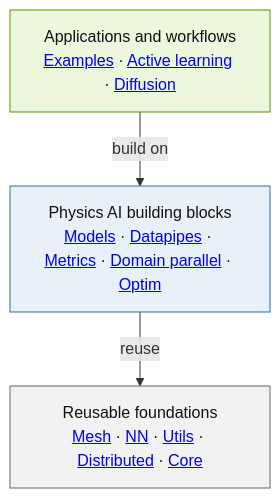
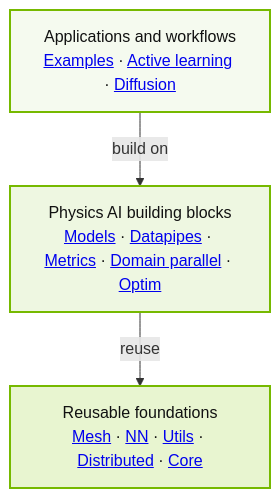
Before and after one commit to NVIDIA/physicsnemo: the diagram in README.md, drawn with Mermaid.

Commit message:
Use NVIDIA green for README architecture diagram

````diff
--- a/README.md
+++ b/README.md
@@ -177,14 +177,14 @@
 ```mermaid
 flowchart TB
   apps["Applications and workflows<br/><a href='https://github.com/NVIDIA/physicsnemo/tree/main/examples'>Examples</a> · <a href='https://github.com/NVIDIA/physicsnemo/tree/main/physicsnemo/active_learning'>Active learning</a> · <a href='https://github.com/NVIDIA/physicsnemo/tree/main/physicsnemo/diffusion'>Diffusion</a>"]
   blocks["Physics AI building blocks<br/><a href='https://github.com/NVIDIA/physicsnemo/tree/main/physicsnemo/models'>Models</a> · <a href='https://github.com/NVIDIA/physicsnemo/tree/main/physicsnemo/datapipes'>Datapipes</a> · <a href='https://github.com/NVIDIA/physicsnemo/tree/main/physicsnemo/metrics'>Metrics</a> · <a href='https://github.com/NVIDIA/physicsnemo/tree/main/physicsnemo/domain_parallel'>Domain parallel</a> · <a href='https://github.com/NVIDIA/physicsnemo/tree/main/physicsnemo/optim'>Optim</a>"]
   base["Reusable foundations<br/><a href='https://github.com/NVIDIA/physicsnemo/tree/main/physicsnemo/mesh'>Mesh</a> · <a href='https://github.com/NVIDIA/physicsnemo/tree/main/physicsnemo/nn'>NN</a> · <a href='https://github.com/NVIDIA/physicsnemo/tree/main/physicsnemo/utils'>Utils</a> · <a href='https://github.com/NVIDIA/physicsnemo/tree/main/physicsnemo/distributed'>Distributed</a> · <a href='https://github.com/NVIDIA/physicsnemo/tree/main/physicsnemo/core'>Core</a>"]
   apps -->|"build on"| blocks
   blocks -->|"reuse"| base
-  classDef workflow fill:#edf7dd,stroke:#5a8f00,color:#111111
-  classDef building fill:#e8f1f8,stroke:#2c6e9f,color:#111111
-  classDef foundation fill:#f2f2f2,stroke:#666666,color:#111111
+  classDef workflow fill:#F5FAEF,stroke:#76B900,stroke-width:2px,color:#111111
+  classDef building fill:#EEF7E1,stroke:#76B900,stroke-width:2px,color:#111111
+  classDef foundation fill:#E8F5D0,stroke:#76B900,stroke-width:2px,color:#111111
   class apps workflow
   class blocks building
   class base foundation
 ```
````
